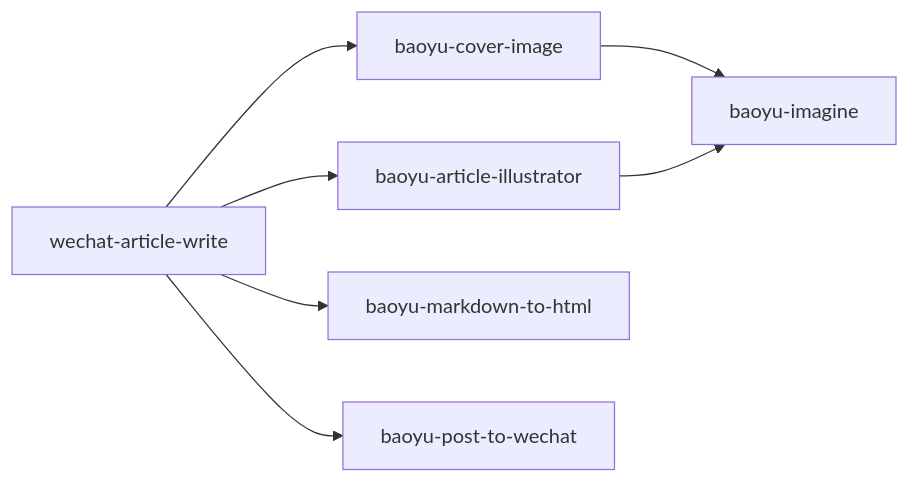
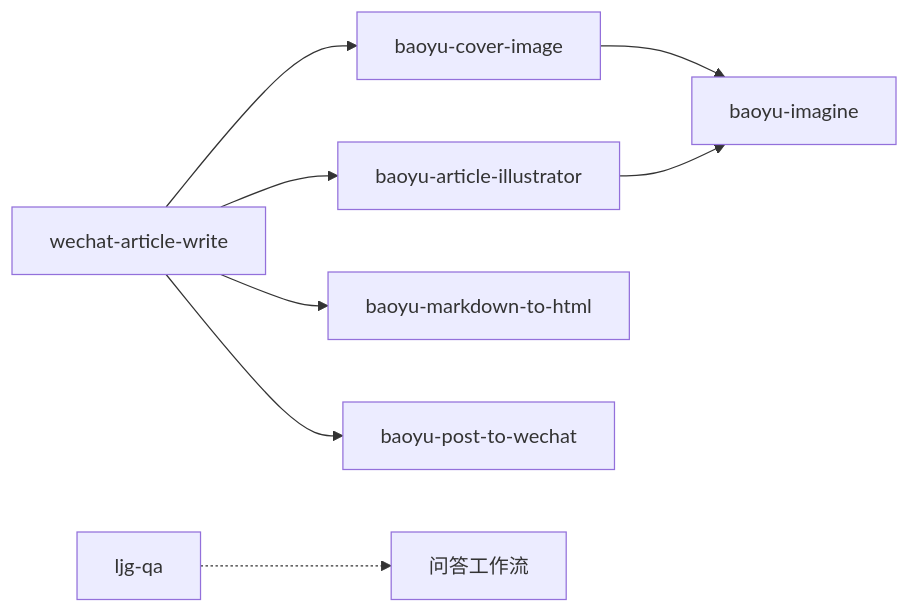
One commit to NTLx/ntlx.github.io changed the fifth of 5 diagrams in .qoder/repowiki/zh/content/AI 技能系统/技能系统概览.md. Above: the diagram before and after it, drawn with Mermaid. The commit also changed other lines of this file and 8 other files, not shown here.

````diff
--- a/.qoder/repowiki/zh/content/AI 技能系统/技能系统概览.md
+++ b/.qoder/repowiki/zh/content/AI 技能系统/技能系统概览.md
@@ -264,9 +272,10 @@
 ```mermaid
 graph LR
 WAW["wechat-article-write"] --> CI["baoyu-cover-image"]
 WAW --> AI["baoyu-article-illustrator"]
 WAW --> M2H["baoyu-markdown-to-html"]
 WAW --> WP["baoyu-post-to-wechat"]
 CI --> IM["baoyu-imagine"]
 AI --> IM
+LQ["ljg-qa"] -.-> LQW["问答工作流"]
 ```
````
